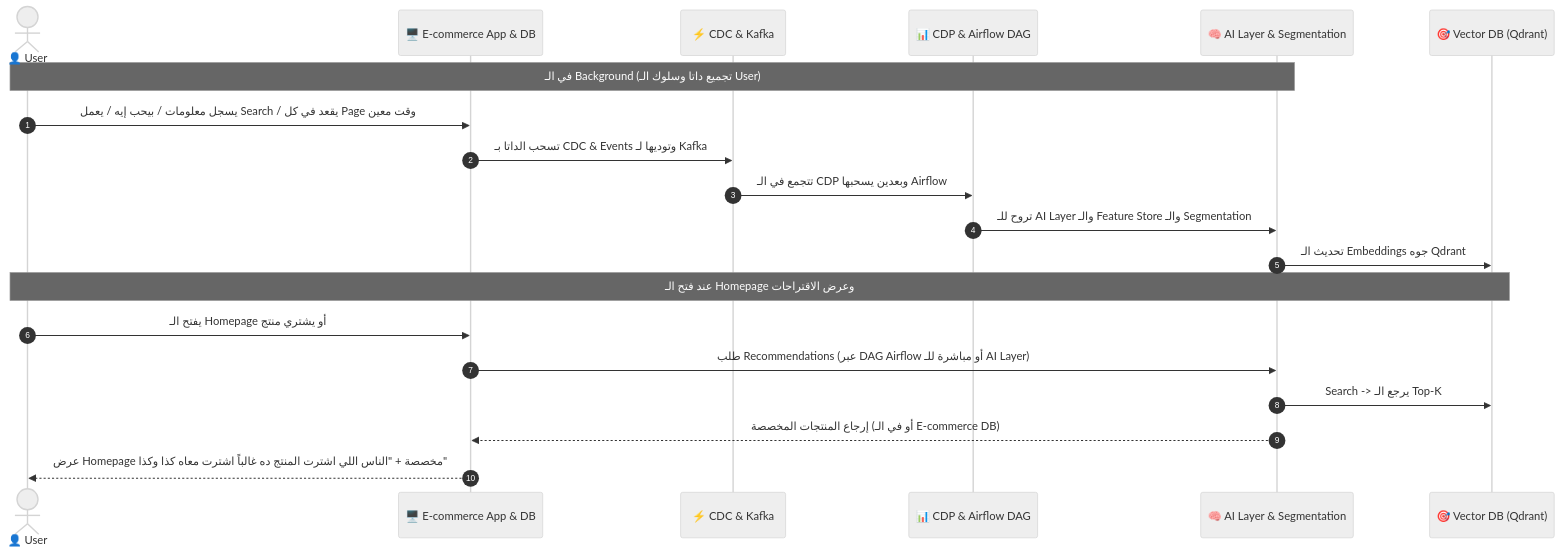
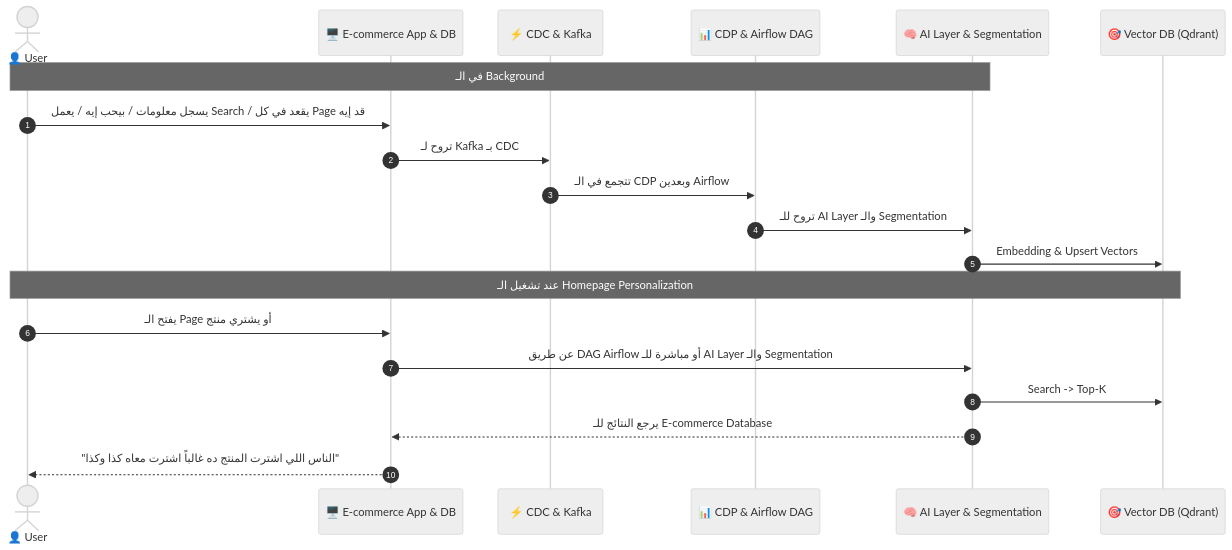
Before and after one commit to Aya-Aboulwafa/ai-architecture-portfolio: the fourth of 4 diagrams in study/session-2-notes.md, drawn with Mermaid (neutral theme). The commit also changed other lines of this file and 1 other file, not shown here.

````diff
--- a/study/session-2-notes.md
+++ b/study/session-2-notes.md
@@ -218,24 +212,24 @@
 ```mermaid
 sequenceDiagram
     autonumber
     actor User as 👤 User
     participant App as 🖥️ E-commerce App & DB
     participant Kafka as ⚡ CDC & Kafka
     participant CDP as 📊 CDP & Airflow DAG
     participant AI as 🧠 AI Layer & Segmentation
     participant Qdrant as 🎯 Vector DB (Qdrant)
 
-    Note over User,AI: في الـ Background (تجميع داتا وسلوك الـ User)
-    User->>App: يسجل معلومات / بيحب إيه / يعمل Search / يقعد في كل Page وقت معين
-    App->>Kafka: تسحب الداتا بـ CDC & Events وتوديها لـ Kafka
-    Kafka->>CDP: تتجمع في الـ CDP وبعدين يسحبها Airflow
-    CDP->>AI: تروح للـ AI Layer والـ Feature Store والـ Segmentation
-    AI->>Qdrant: تحديث الـ Embeddings جوه Qdrant
+    Note over User,AI: في الـ Background
+    User->>App: يسجل معلومات / بيحب إيه / يعمل Search / يقعد في كل Page قد إيه
+    App->>Kafka: تروح لـ Kafka بـ CDC
+    Kafka->>CDP: تتجمع في الـ CDP وبعدين Airflow
+    CDP->>AI: تروح للـ AI Layer والـ Segmentation
+    AI->>Qdrant: Embedding & Upsert Vectors
 
-    Note over User,Qdrant: عند فتح الـ Homepage وعرض الاقتراحات
-    User->>App: يفتح الـ Homepage أو يشتري منتج
-    App->>AI: طلب Recommendations (عبر DAG Airflow أو مباشرة للـ AI Layer)
-    AI->>Qdrant: Search -> يرجع الـ Top-K
-    AI-->>App: إرجاع المنتجات المخصصة (أو في الـ E-commerce DB)
-    App-->>User: عرض Homepage مخصصة + "الناس اللي اشترت المنتج ده غالباً اشترت معاه كذا وكذا"
+    Note over User,Qdrant: عند تشغيل الـ Homepage Personalization
+    User->>App: يفتح الـ Page أو يشتري منتج
+    App->>AI: عن طريق DAG Airflow أو مباشرة للـ AI Layer والـ Segmentation
+    AI->>Qdrant: Search -> Top-K
+    AI-->>App: يرجع النتائج للـ E-commerce Database
+    App-->>User: "الناس اللي اشترت المنتج ده غالباً اشترت معاه كذا وكذا"
 ```
````
